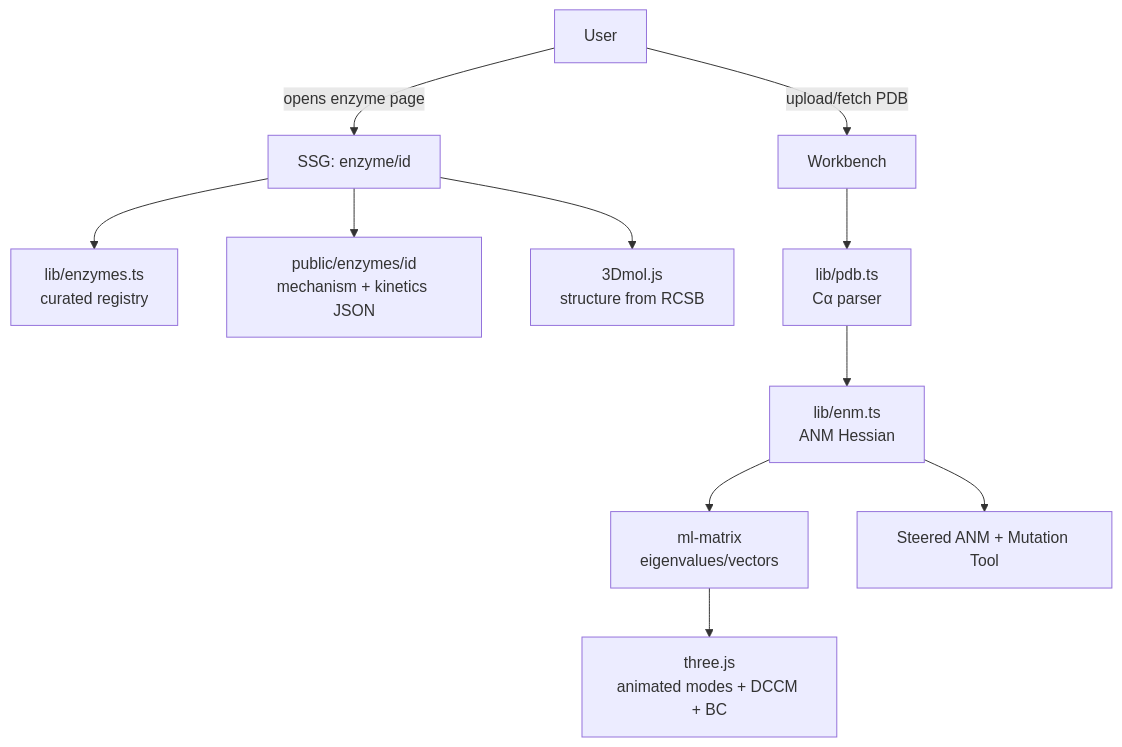
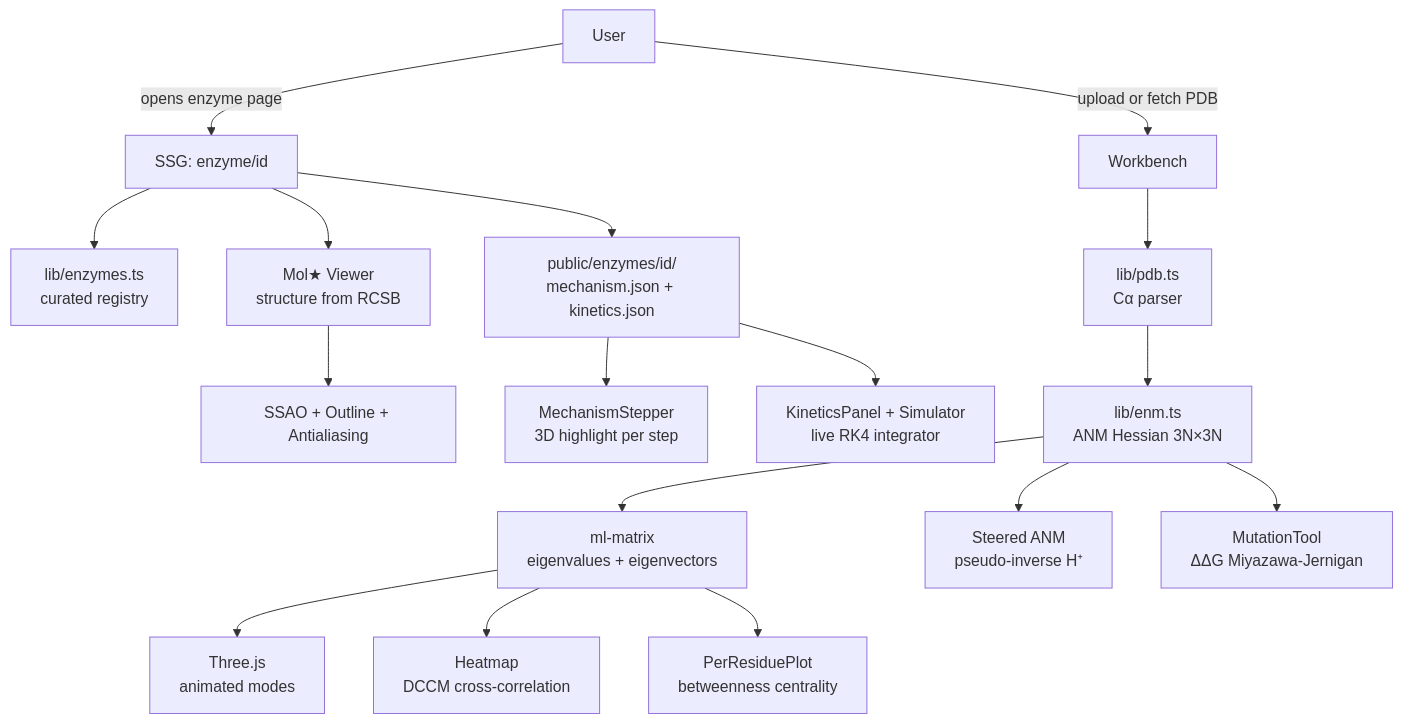
The second of 2 diagrams in README.md (caioross/CatalyticAtlasEDE), drawn with Mermaid before and after one commit. The commit also changed other lines of this file and 13 other files, not shown here.

````diff
--- a/README.md
+++ b/README.md
@@ -192,13 +430,20 @@
 ```mermaid
 flowchart TD
     A[User] -->|opens enzyme page| B[SSG: enzyme/id]
     B --> C[lib/enzymes.ts<br/>curated registry]
-    B --> D[public/enzymes/id<br/>mechanism + kinetics JSON]
-    B --> E[3Dmol.js<br/>structure from RCSB]
-    A -->|upload/fetch PDB| F[Workbench]
-    F --> G[lib/pdb.ts<br/>Cα parser]
-    G --> H[lib/enm.ts<br/>ANM Hessian]
-    H --> I[ml-matrix<br/>eigenvalues/vectors]
-    I --> J[three.js<br/>animated modes + DCCM + BC]
-    H --> K[Steered ANM + Mutation Tool]
+    B --> D[public/enzymes/id/<br/>mechanism.json + kinetics.json]
+    B --> E[Mol★ Viewer<br/>structure from RCSB]
+    E --> E2[SSAO + Outline + Antialiasing]
+    D --> F[MechanismStepper<br/>3D highlight per step]
+    D --> G[KineticsPanel + Simulator<br/>live RK4 integrator]
+
+    A -->|upload or fetch PDB| H[Workbench]
+    H --> I[lib/pdb.ts<br/>Cα parser]
+    I --> J[lib/enm.ts<br/>ANM Hessian 3N×3N]
+    J --> K[ml-matrix<br/>eigenvalues + eigenvectors]
+    K --> L[Three.js<br/>animated modes]
+    K --> M[Heatmap<br/>DCCM cross-correlation]
+    K --> N[PerResiduePlot<br/>betweenness centrality]
+    J --> O[Steered ANM<br/>pseudo-inverse H⁺]
+    J --> P[MutationTool<br/>ΔΔG Miyazawa-Jernigan]
 ```
````
